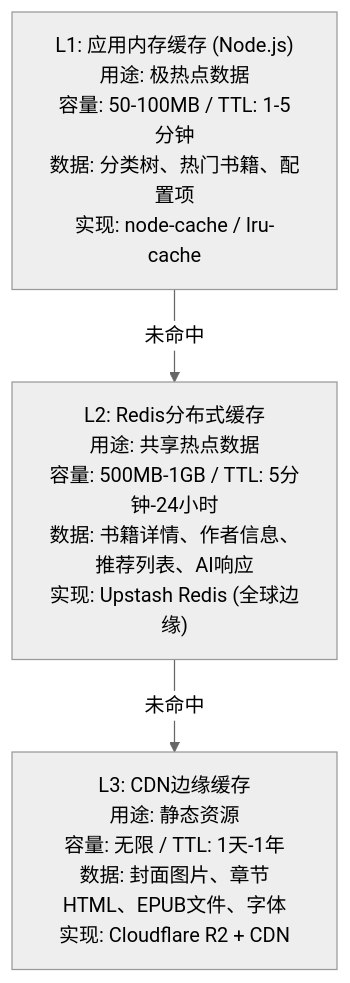
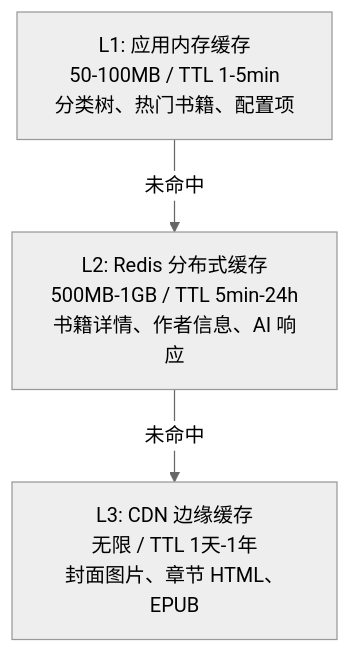
The fifth of 6 diagrams in 05-operations/monitoring/100k-dau-performance-plan.md (readmigo/docs), drawn with Mermaid (neutral theme) before and after one commit. The commit also changed other lines of this file and 27 other files, not shown here.

First line of the commit message:
audit: remove code snippets, update to 2-env architecture across operations and pipeline docs

````diff
--- a/05-operations/monitoring/100k-dau-performance-plan.md
+++ b/05-operations/monitoring/100k-dau-performance-plan.md
@@ -202,5 +109,5 @@
 ```mermaid
 graph TD
-    A["L1: 应用内存缓存 (Node.js)<br>用途: 极热点数据<br>容量: 50-100MB / TTL: 1-5分钟<br>数据: 分类树、热门书籍、配置项<br>实现: node-cache / lru-cache"] -->|"未命中"| B["L2: Redis分布式缓存<br>用途: 共享热点数据<br>容量: 500MB-1GB / TTL: 5分钟-24小时<br>数据: 书籍详情、作者信息、推荐列表、AI响应<br>实现: Upstash Redis (全球边缘)"]
-    B -->|"未命中"| C["L3: CDN边缘缓存<br>用途: 静态资源<br>容量: 无限 / TTL: 1天-1年<br>数据: 封面图片、章节HTML、EPUB文件、字体<br>实现: Cloudflare R2 + CDN"]
+    A["L1: 应用内存缓存<br>50-100MB / TTL 1-5min<br>分类树、热门书籍、配置项"] -->|"未命中"| B["L2: Redis 分布式缓存<br>500MB-1GB / TTL 5min-24h<br>书籍详情、作者信息、AI 响应"]
+    B -->|"未命中"| C["L3: CDN 边缘缓存<br>无限 / TTL 1天-1年<br>封面图片、章节 HTML、EPUB"]
 ```
````
